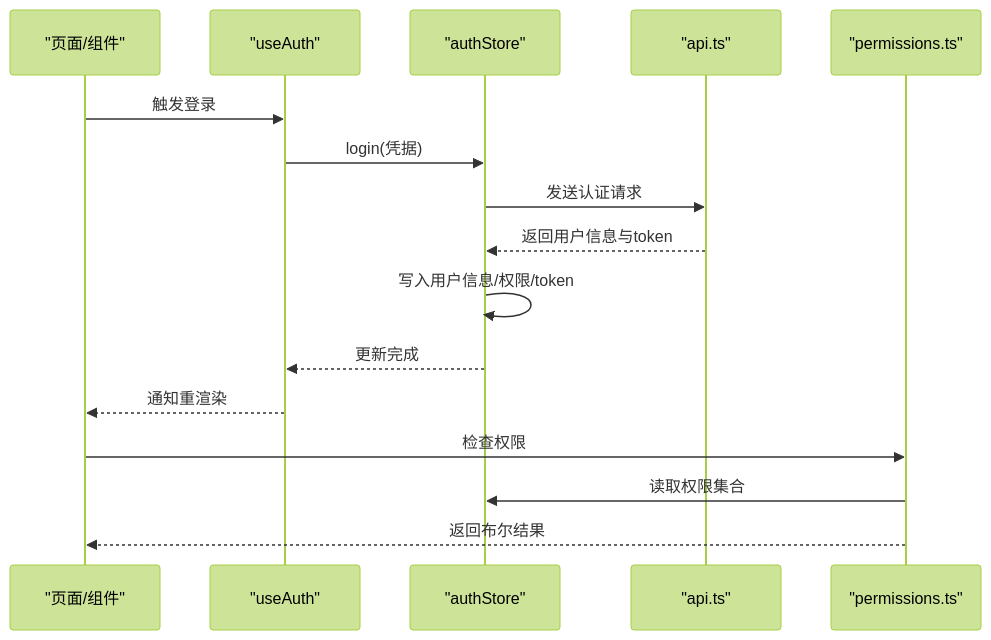
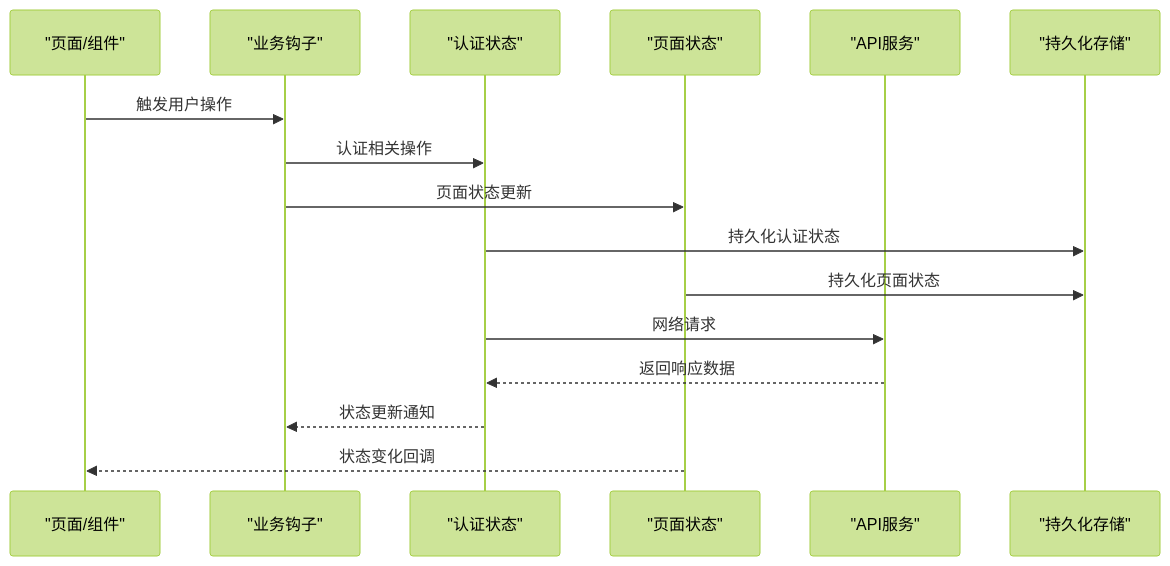
The second of 7 diagrams in .qoder/repowiki/zh/content/架构设计/状态管理/Zustand Store设计.md (Damao997/newproject), drawn with Mermaid (forest theme) before and after one commit. The commit also changed other lines of this file and 22 other files, not shown here.

````diff
--- a/.qoder/repowiki/zh/content/架构设计/状态管理/Zustand Store设计.md
+++ b/.qoder/repowiki/zh/content/架构设计/状态管理/Zustand Store设计.md
@@ -100,18 +134,18 @@
 ```mermaid
 sequenceDiagram
 participant UI as "页面/组件"
-participant Hook as "useAuth"
-participant Store as "authStore"
-participant API as "api.ts"
-participant Perm as "permissions.ts"
-UI->>Hook : 触发登录
-Hook->>Store : login(凭据)
-Store->>API : 发送认证请求
-API-->>Store : 返回用户信息与token
-Store->>Store : 写入用户信息/权限/token
-Store-->>Hook : 更新完成
-Hook-->>UI : 通知重渲染
-UI->>Perm : 检查权限
-Perm->>Store : 读取权限集合
-Perm-->>UI : 返回布尔结果
+participant Hook as "业务钩子"
+participant AuthStore as "认证状态"
+participant PageStore as "页面状态"
+participant API as "API服务"
+participant Storage as "持久化存储"
+UI->>Hook : 触发用户操作
+Hook->>AuthStore : 认证相关操作
+Hook->>PageStore : 页面状态更新
+AuthStore->>Storage : 持久化认证状态
+PageStore->>Storage : 持久化页面状态
+AuthStore->>API : 网络请求
+API-->>AuthStore : 返回响应数据
+AuthStore-->>Hook : 状态更新通知
+PageStore-->>UI : 状态变化回调
 ```
````
